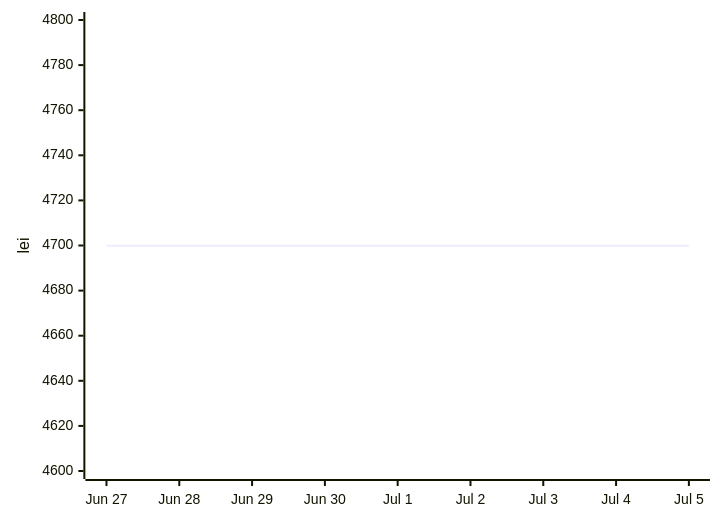
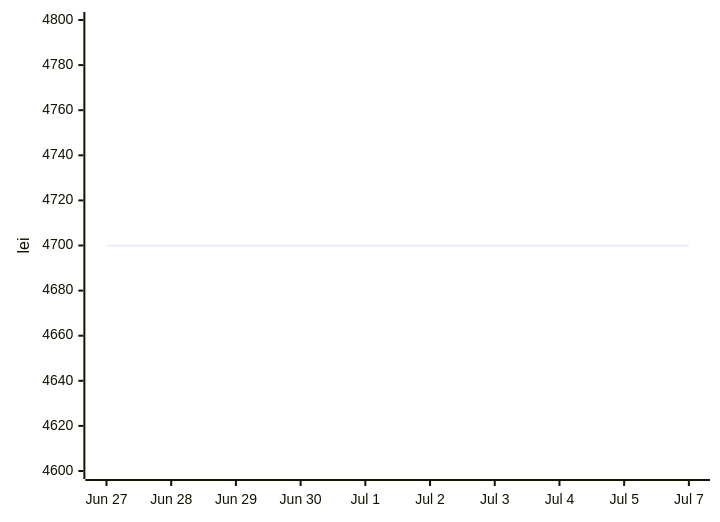
Before and after one commit to anagheioan/laptop-price-monitor: the first of 2 diagrams in README.md, drawn with Mermaid. The commit also changed other lines of this file and 1 other file, not shown here.

Commit message:
Price check 2026-07-07

````diff
--- a/README.md
+++ b/README.md
@@ -21,6 +21,6 @@
 ```mermaid
 xychart-beta
-    x-axis ["Jun 27", "Jun 28", "Jun 29", "Jun 30", "Jul 1", "Jul 2", "Jul 3", "Jul 4", "Jul 5"]
+    x-axis ["Jun 27", "Jun 28", "Jun 29", "Jun 30", "Jul 1", "Jul 2", "Jul 3", "Jul 4", "Jul 5", "Jul 7"]
     y-axis "lei" 4600 --> 4800
-    line [4699.9, 4699.9, 4699.9, 4699.9, 4699.9, 4699.9, 4699.9, 4699.9, 4699.9]
+    line [4699.9, 4699.9, 4699.9, 4699.9, 4699.9, 4699.9, 4699.9, 4699.9, 4699.9, 4699.9]
 ```
````
